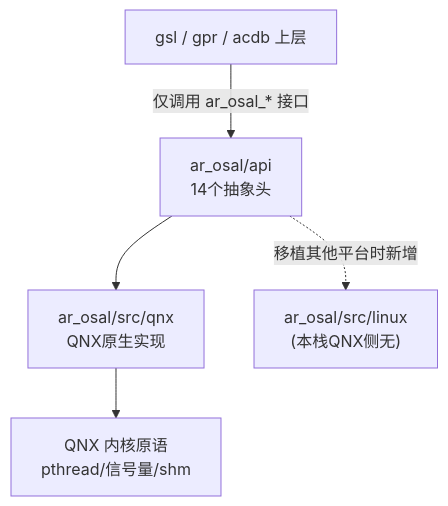
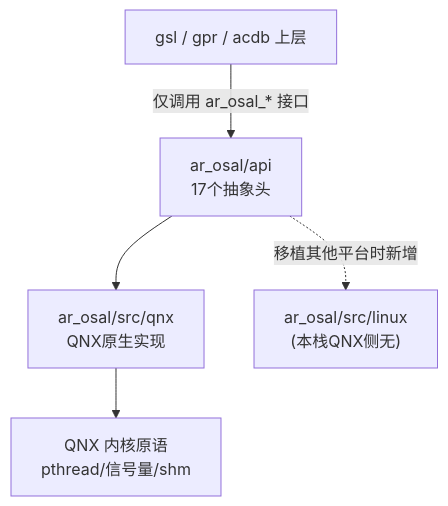
Before and after one commit to yanglinzhen1022/SA8295_AAOS_QNX_Audio_KnowledgeBase: the fourth of 6 diagrams in 16_Vendor_QNX_Architecture/16_16.14_GSLGraph_Service_Layer内部架.md, drawn with Mermaid. The commit also changed other lines of this file and 21 other files, not shown here.

````diff
--- a/16_Vendor_QNX_Architecture/16_16.14_GSLGraph_Service_Layer内部架.md
+++ b/16_Vendor_QNX_Architecture/16_16.14_GSLGraph_Service_Layer内部架.md
@@ -398,7 +398,7 @@
 ```mermaid
 graph TB
-    GSL["gsl / gpr / acdb 上层"] -->|"仅调用 ar_osal_* 接口"| API["ar_osal/api<br/>14个抽象头"]
+    GSL["gsl / gpr / acdb 上层"] -->|"仅调用 ar_osal_* 接口"| API["ar_osal/api<br/>17个抽象头"]
     API --> QNXIMPL["ar_osal/src/qnx<br/>QNX原生实现"]
     API -.->|"移植其他平台时新增"| LINUXIMPL["ar_osal/src/linux<br/>(本栈QNX侧无)"]
     QNXIMPL --> QNXOS["QNX 内核原语<br/>pthread/信号量/shm"]
 ```
````
